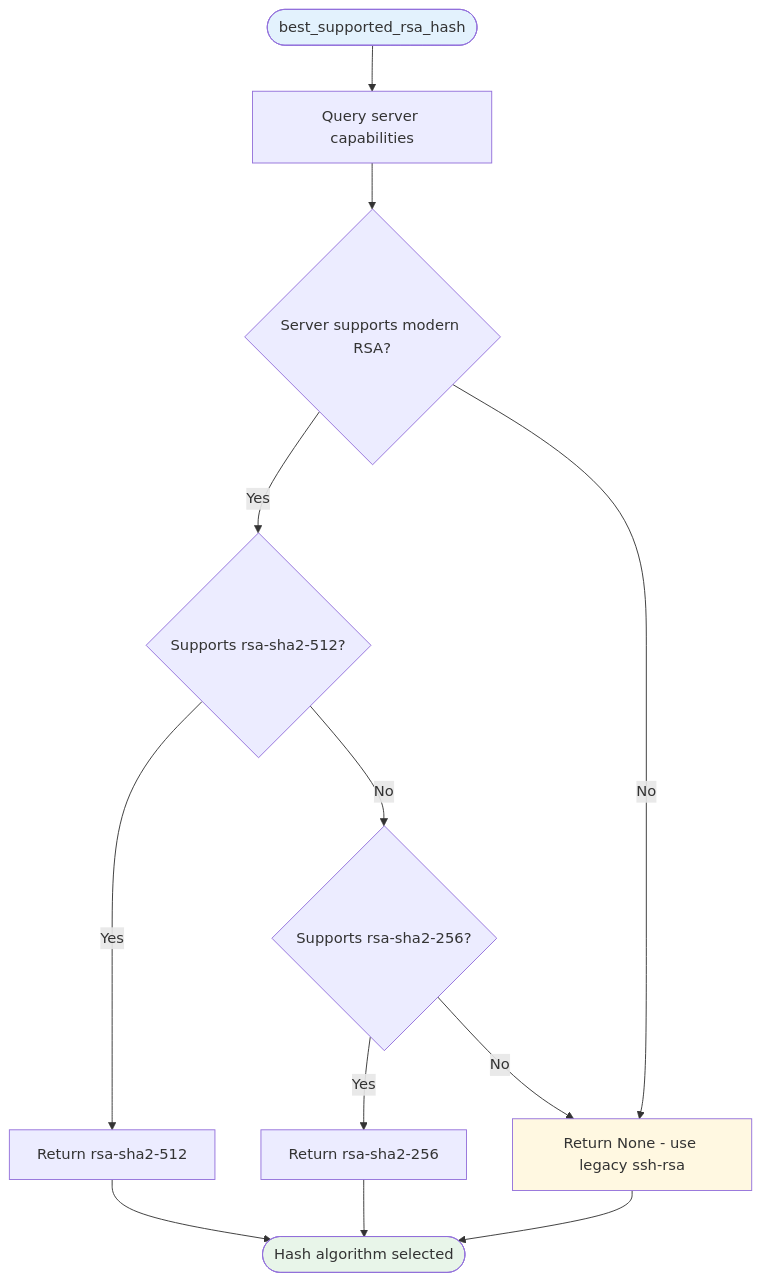
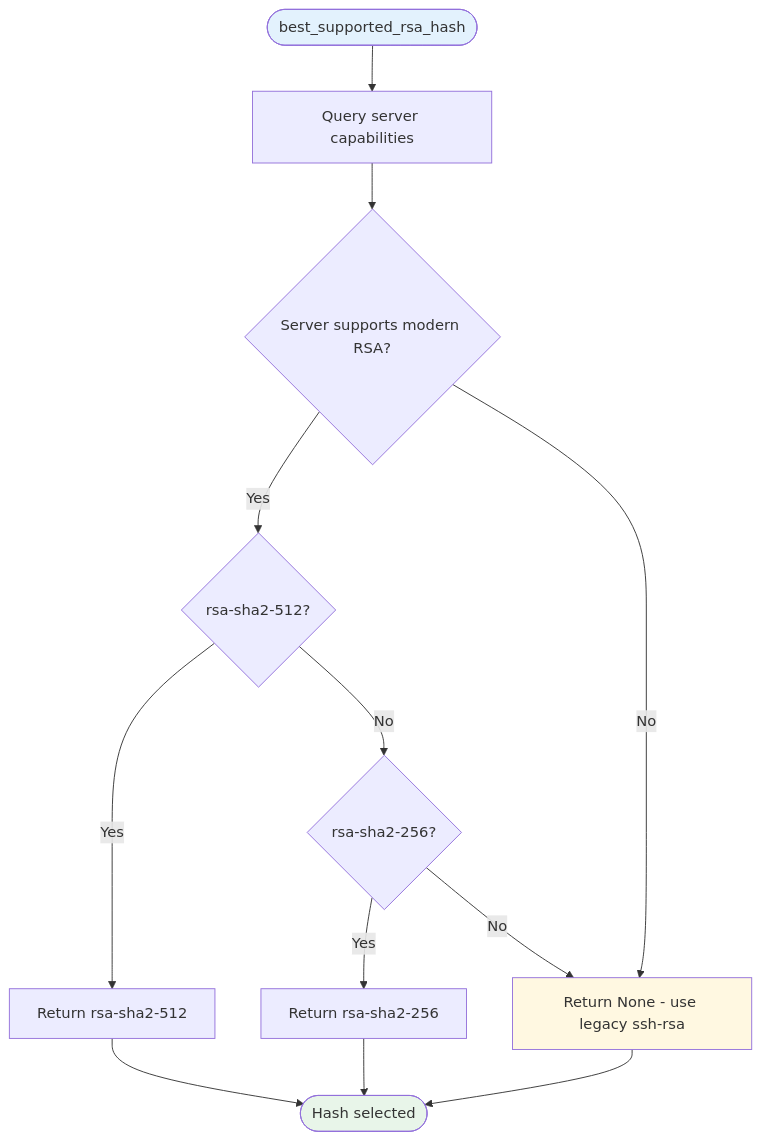
The seventh of 24 diagrams in docs/FLOWS.md (farchanjo/ssh-mcp), drawn with Mermaid before and after one commit. The commit also changed other lines of this file and 5 other files, not shown here.

````diff
--- a/docs/FLOWS.md
+++ b/docs/FLOWS.md
@@ -310,22 +326,22 @@
 ```mermaid
 flowchart TD
     Start([best_supported_rsa_hash]) --> Query[Query server capabilities]
     Query --> CheckSupport{Server supports modern RSA?}
 
-    CheckSupport -->|Yes| CheckSHA512{Supports rsa-sha2-512?}
+    CheckSupport -->|Yes| CheckSHA512{rsa-sha2-512?}
     CheckSupport -->|No| Legacy[Return None - use legacy ssh-rsa]
 
     CheckSHA512 -->|Yes| UseSHA512[Return rsa-sha2-512]
-    CheckSHA512 -->|No| CheckSHA256{Supports rsa-sha2-256?}
+    CheckSHA512 -->|No| CheckSHA256{rsa-sha2-256?}
 
     CheckSHA256 -->|Yes| UseSHA256[Return rsa-sha2-256]
     CheckSHA256 -->|No| Legacy
 
-    UseSHA512 --> End([Hash algorithm selected])
+    UseSHA512 --> End([Hash selected])
     UseSHA256 --> End
     Legacy --> End
 
     style Start fill:#e3f2fd
     style End fill:#e8f5e9
     style Legacy fill:#fff8e1
 ```
````
